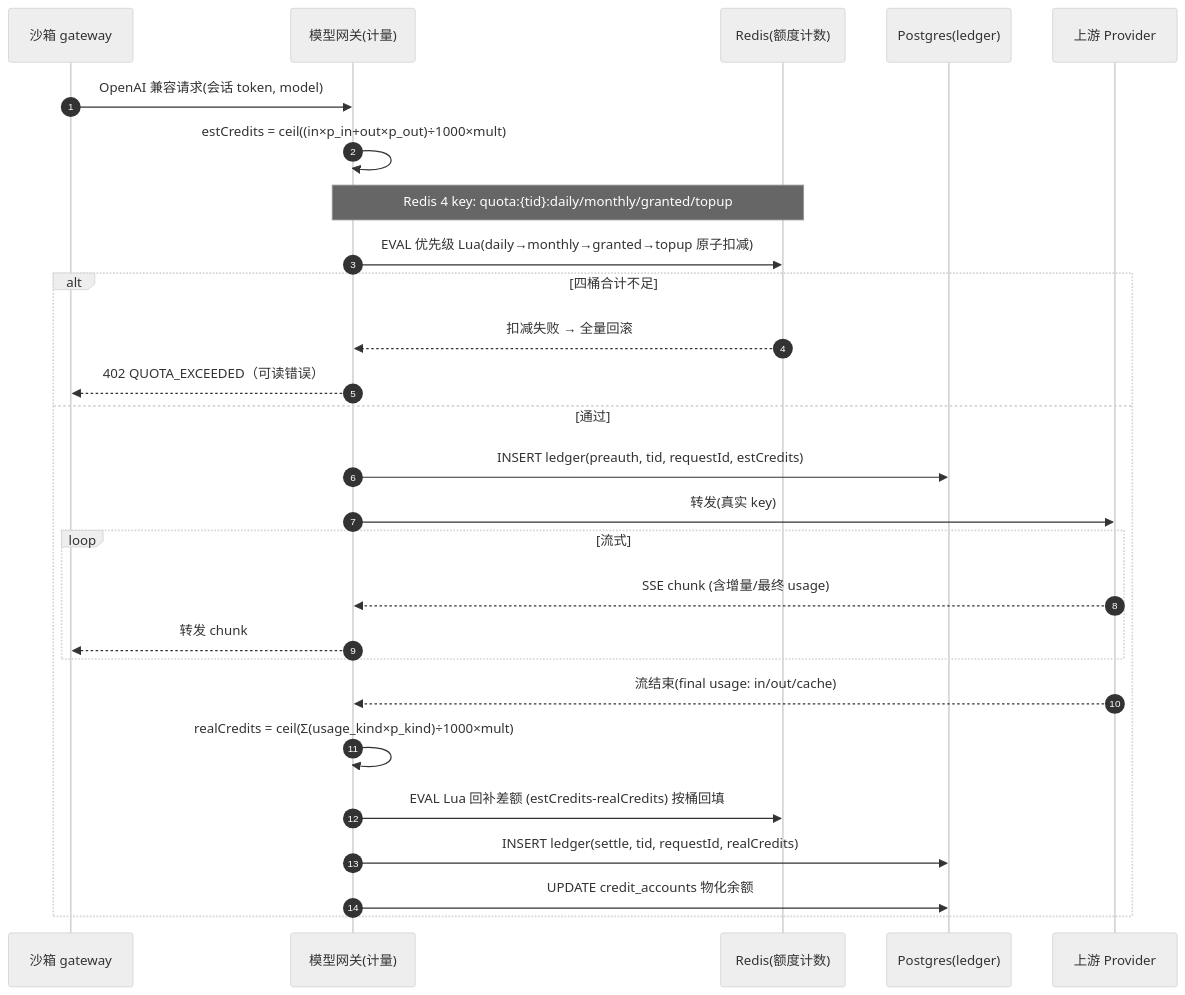
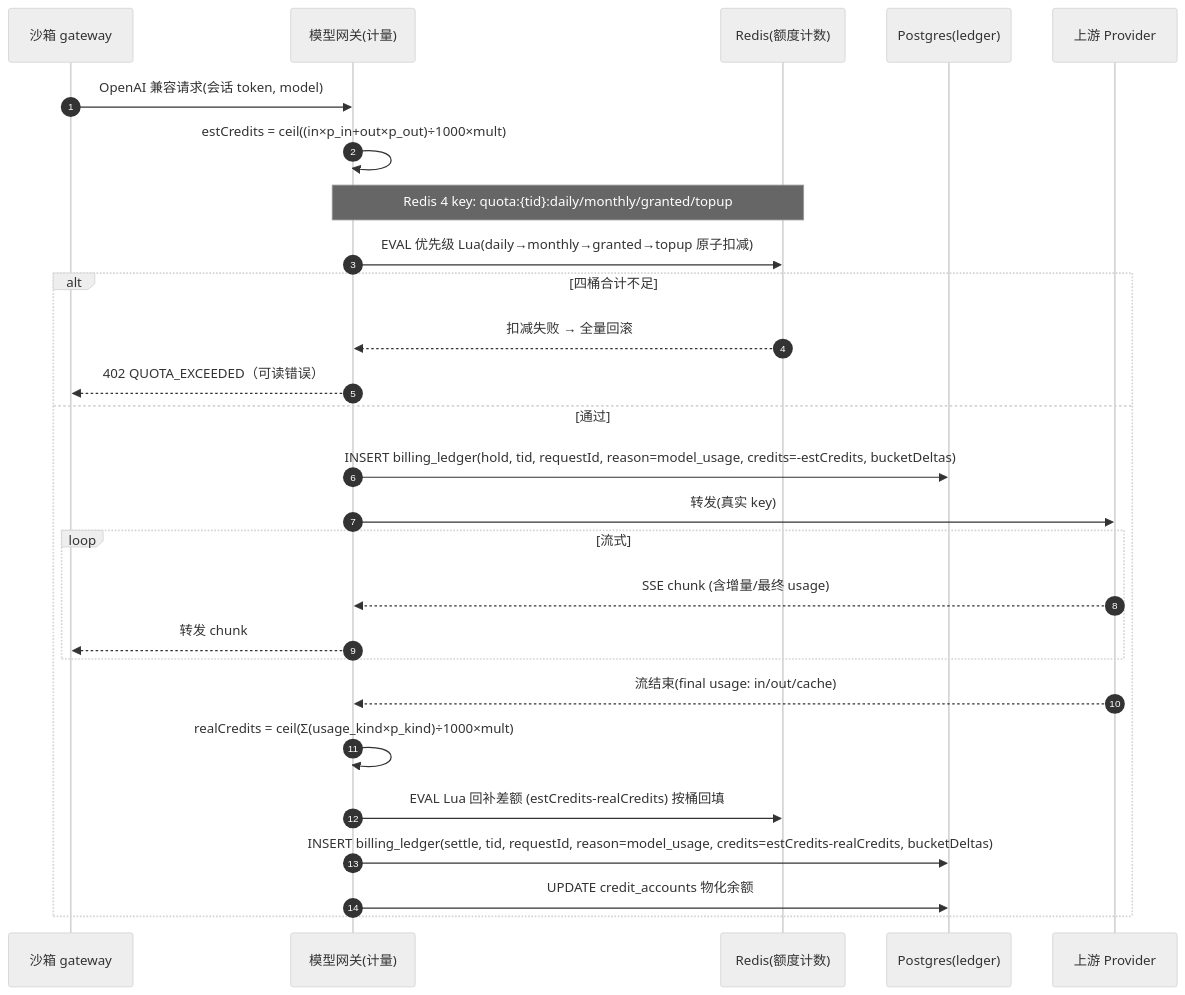
The sixth of 8 diagrams in 改造计划/09-模型代理与计费.md (edward-ng-duke/LobsterAI), drawn with Mermaid (neutral theme) before and after one commit. The commit also changed other lines of this file and 27 other files, not shown here.

````diff
--- a/改造计划/09-模型代理与计费.md
+++ b/改造计划/09-模型代理与计费.md
@@ -406,30 +423,30 @@
 ```mermaid
 sequenceDiagram
   autonumber
   participant POD as 沙箱 gateway
   participant MGW as 模型网关(计量)
   participant RD as Redis(额度计数)
   participant PG as Postgres(ledger)
   participant UP as 上游 Provider
 
   POD->>MGW: OpenAI 兼容请求(会话 token, model)
   MGW->>MGW: estCredits = ceil((in×p_in+out×p_out)÷1000×mult)
   Note over MGW,RD: Redis 4 key: quota:{tid}:daily/monthly/granted/topup
   MGW->>RD: EVAL 优先级 Lua(daily→monthly→granted→topup 原子扣减)
   alt 四桶合计不足
     RD-->>MGW: 扣减失败 → 全量回滚
     MGW-->>POD: 402 QUOTA_EXCEEDED（可读错误）
   else 通过
-    MGW->>PG: INSERT ledger(preauth, tid, requestId, estCredits)
+    MGW->>PG: INSERT billing_ledger(hold, tid, requestId, reason=model_usage, credits=-estCredits, bucketDeltas)
     MGW->>UP: 转发(真实 key)
     loop 流式
       UP-->>MGW: SSE chunk (含增量/最终 usage)
       MGW-->>POD: 转发 chunk
     end
     UP-->>MGW: 流结束(final usage: in/out/cache)
     MGW->>MGW: realCredits = ceil(Σ(usage_kind×p_kind)÷1000×mult)
     MGW->>RD: EVAL Lua 回补差额 (estCredits-realCredits) 按桶回填
-    MGW->>PG: INSERT ledger(settle, tid, requestId, realCredits)
+    MGW->>PG: INSERT billing_ledger(settle, tid, requestId, reason=model_usage, credits=estCredits-realCredits, bucketDeltas)
     MGW->>PG: UPDATE credit_accounts 物化余额
   end
 ```
````
